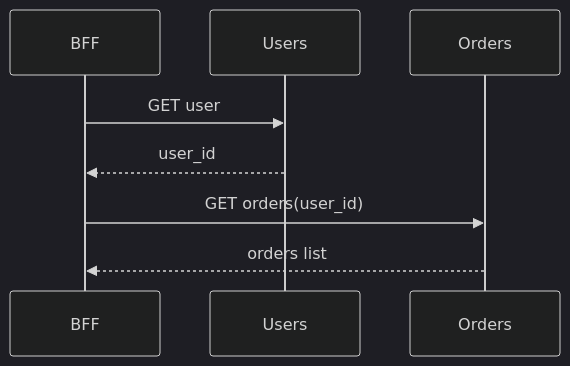
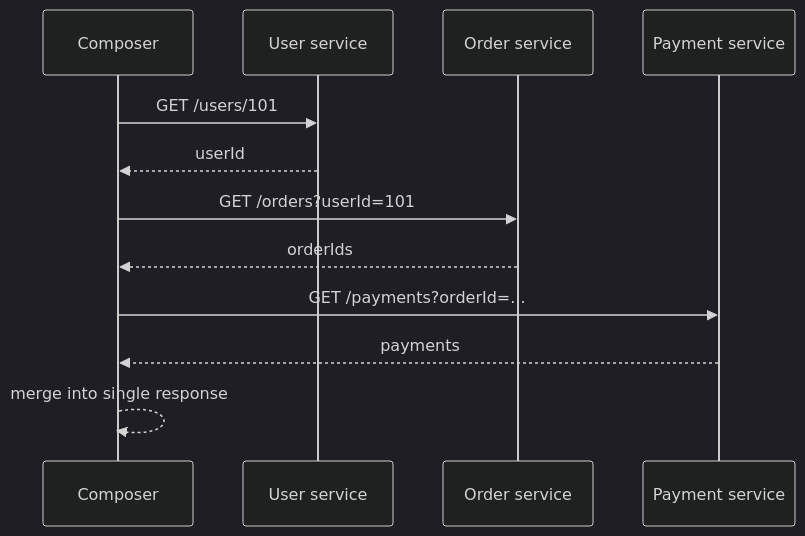
Before and after one commit to hareramcse/SystemDesign: diagram 15 of 33 in 07-api-design/README.md, drawn with Mermaid (dark theme). The commit also changed other lines of this file, not shown here.

````diff
--- a/07-api-design/README.md
+++ b/07-api-design/README.md
@@ -728,10 +1357,14 @@
 ```mermaid
 sequenceDiagram
-    participant BFF as BFF
-    participant U as Users
-    participant O as Orders
-    BFF->>U: GET user
-    U-->>BFF: user_id
-    BFF->>O: GET orders(user_id)
-    O-->>BFF: orders list
+    participant B as Composer
+    participant U as User service
+    participant O as Order service
+    participant P as Payment service
+    B->>U: GET /users/101
+    U-->>B: userId
+    B->>O: GET /orders?userId=101
+    O-->>B: orderIds
+    B->>P: GET /payments?orderId=...
+    P-->>B: payments
+    B-->>B: merge into single response
 ```
````
